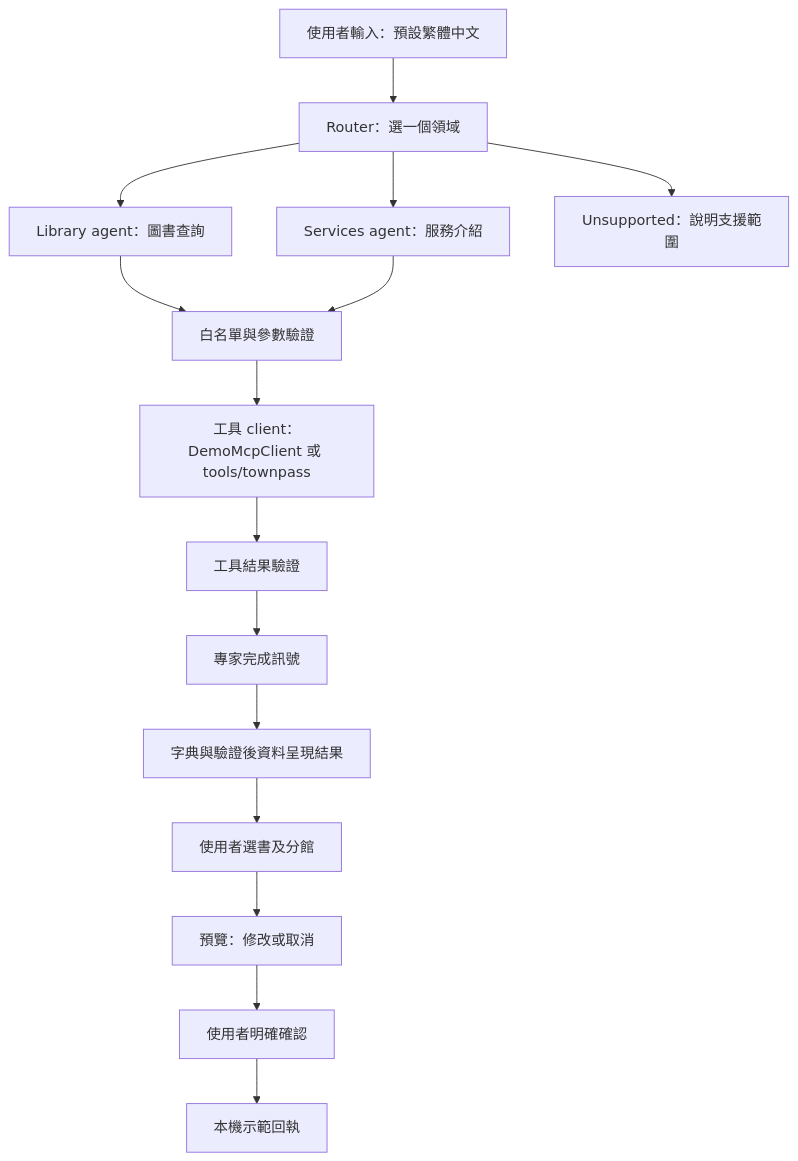
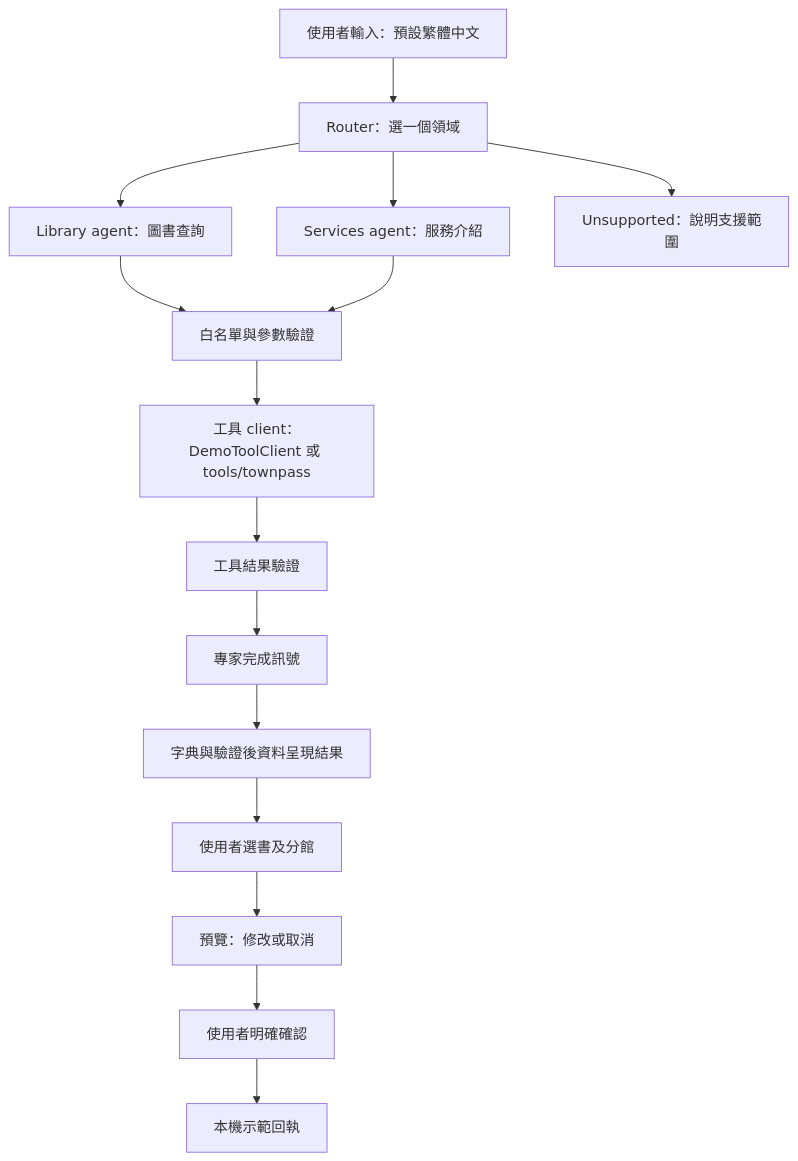
The diagram in frontend/agent-mvp/docs/ui-ux-handoff.md (Twcat0503/2026_taipei_codefest), drawn with Mermaid before and after one commit. The commit also changed 10 other files, not shown here.

First line of the commit message:
refactor(agent): rename McpClient to ToolClient

````diff
--- a/frontend/agent-mvp/docs/ui-ux-handoff.md
+++ b/frontend/agent-mvp/docs/ui-ux-handoff.md
@@ -5,17 +5,17 @@
 ```mermaid
 flowchart TD
     A[使用者輸入：預設繁體中文] --> B[Router：選一個領域]
     B --> C[Library agent：圖書查詢]
     B --> D[Services agent：服務介紹]
     B --> E[Unsupported：說明支援範圍]
     C --> F[白名單與參數驗證]
     D --> F
-    F --> G[工具 client：DemoMcpClient 或 tools/townpass]
+    F --> G[工具 client：DemoToolClient 或 tools/townpass]
     G --> H[工具結果驗證]
     H --> I[專家完成訊號]
     I --> J[字典與驗證後資料呈現結果]
     J --> K[使用者選書及分館]
     K --> L[預覽：修改或取消]
     L --> M[使用者明確確認]
     M --> N[本機示範回執]
 ```
````
